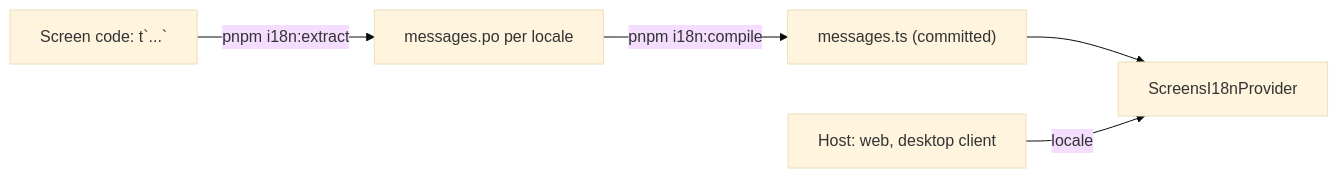
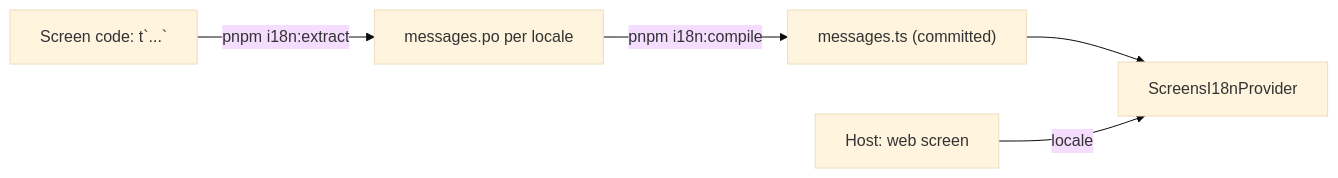
One commit to akoita/draft-loop changed the diagram in docs/adr/0012-screen-translations-with-lingui.md. Above: the diagram before and after it, drawn with Mermaid (base theme). The commit also changed 11 other files, not shown here.

First line of the commit message:
Take the desktop app out of the diagrams and drop local-first wording

````diff
--- a/docs/adr/0012-screen-translations-with-lingui.md
+++ b/docs/adr/0012-screen-translations-with-lingui.md
@@ -28,7 +28,7 @@
 ```mermaid
 flowchart LR
   code["Screen code: t`...`"] -->|pnpm i18n:extract| po["messages.po per locale"]
   po -->|pnpm i18n:compile| ts["messages.ts (committed)"]
   ts --> provider["ScreensI18nProvider"]
-  host["Host: web, desktop client"] -->|locale| provider
+  host["Host: web screen"] -->|locale| provider
 ```
````
